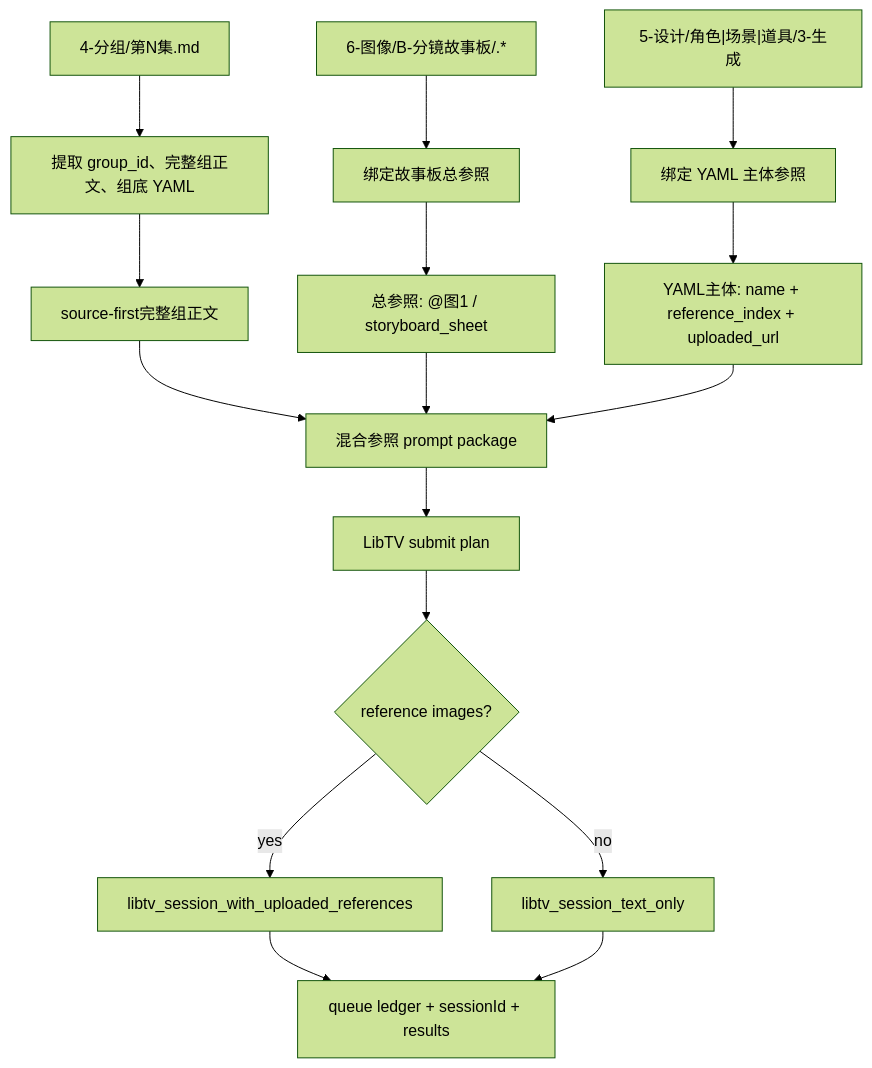
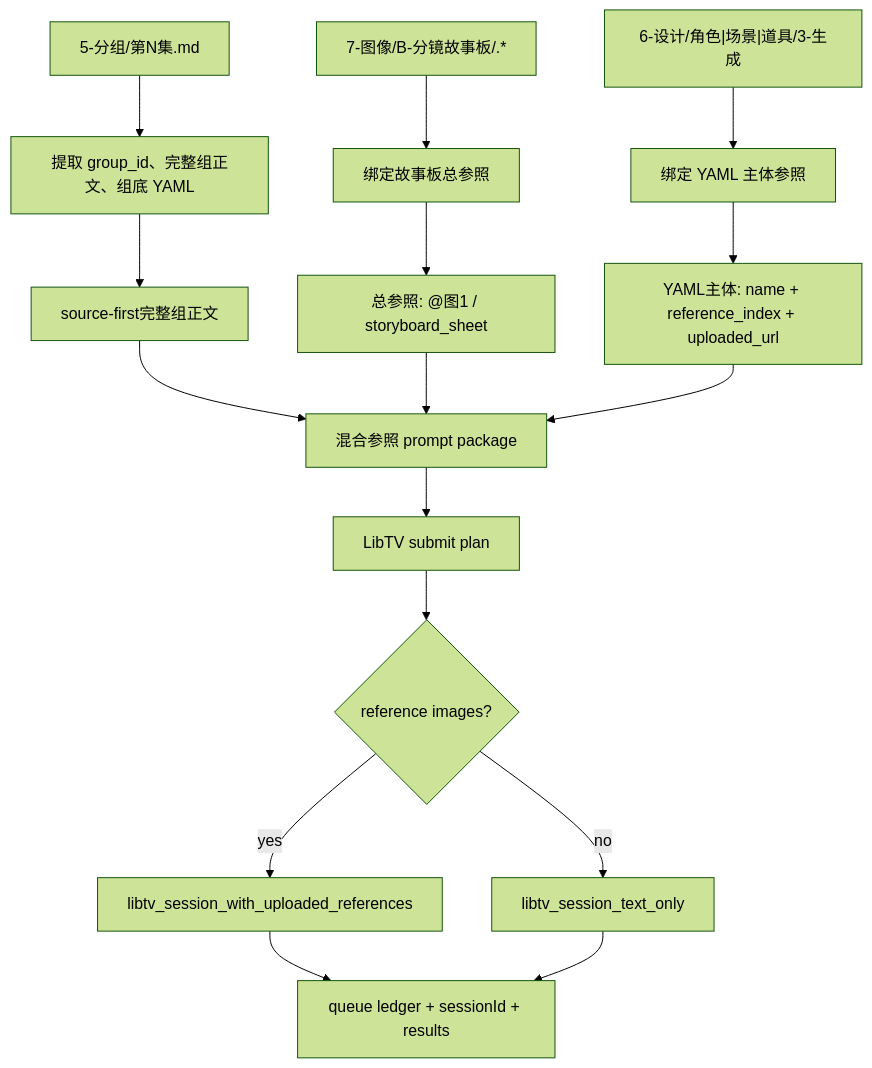
The diagram in .agents/skills/aigc/backup/D-主板混合参照/SKILL.md (ZEN-VOID/AI-CUT), drawn with Mermaid (forest theme) before and after one commit. The commit also changed other lines of this file and 1070 other files, not shown here.

````diff
--- a/.agents/skills/aigc/backup/D-主板混合参照/SKILL.md
+++ b/.agents/skills/aigc/backup/D-主板混合参照/SKILL.md
@@ -133,18 +133,18 @@
 ```mermaid
 flowchart TD
-    A["4-分组/第N集.md"] --> B["提取 group_id、完整组正文、组底 YAML"]
-    C["6-图像/B-分镜故事板/<group_id>.*"] --> D["绑定故事板总参照"]
-    E["5-设计/角色|场景|道具/3-生成"] --> F["绑定 YAML 主体参照"]
+    A["5-分组/第N集.md"] --> B["提取 group_id、完整组正文、组底 YAML"]
+    C["7-图像/B-分镜故事板/<group_id>.*"] --> D["绑定故事板总参照"]
+    E["6-设计/角色|场景|道具/3-生成"] --> F["绑定 YAML 主体参照"]
     B --> G["source-first完整组正文"]
     D --> H["总参照: @图1 / storyboard_sheet"]
     F --> I["YAML主体: name + reference_index + uploaded_url"]
     G --> J["混合参照 prompt package"]
     H --> J
     I --> J
     J --> K["LibTV submit plan"]
     K --> L{"reference images?"}
     L -->|"yes"| M["libtv_session_with_uploaded_references"]
     L -->|"no"| N["libtv_session_text_only"]
     M --> O["queue ledger + sessionId + results"]
     N --> O
 ```
````
